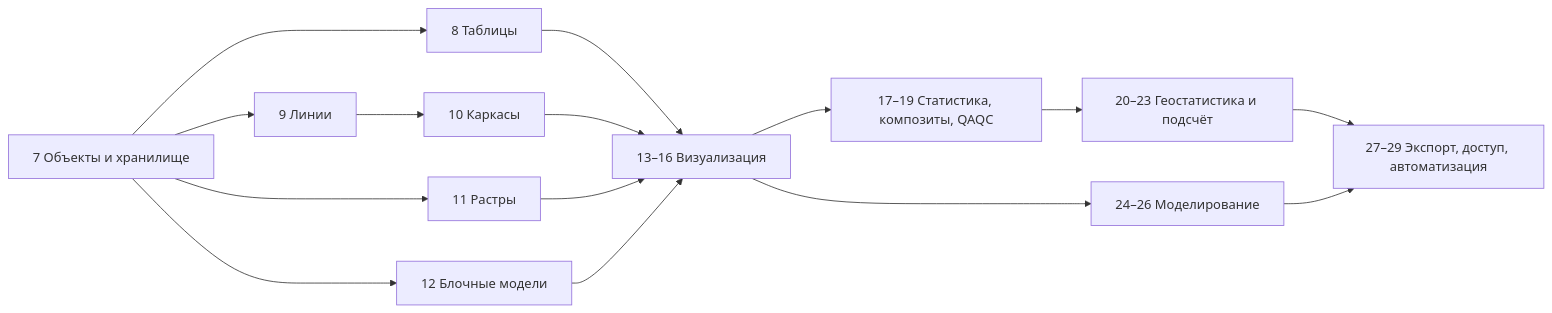
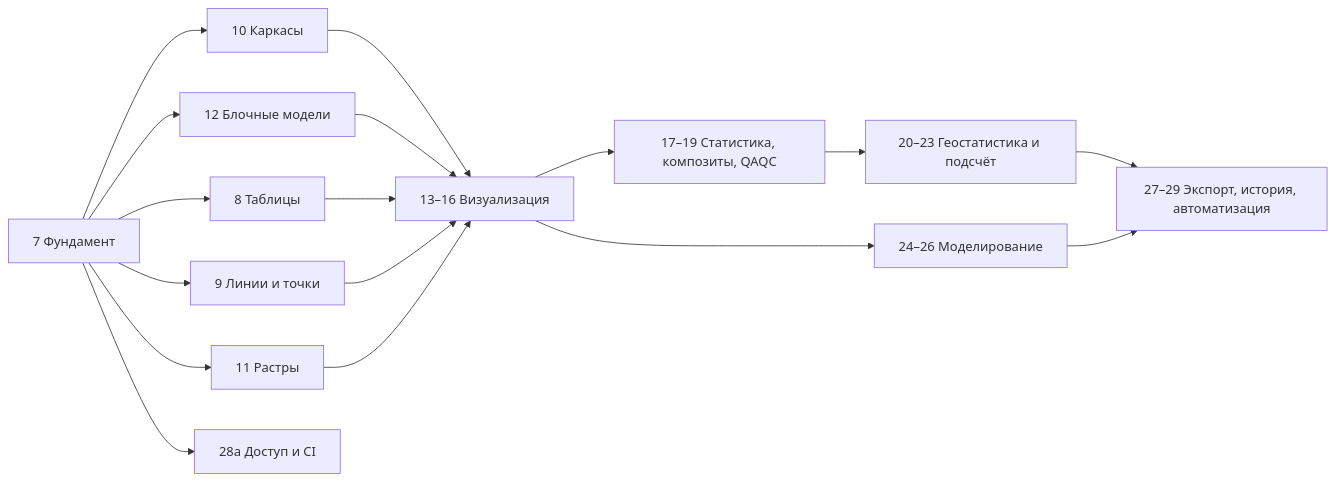
One commit to bandurkin-ai/BedrockForge_2.0 changed the second of 2 diagrams in docs/ROADMAP.md. Above: the diagram before and after it, drawn with Mermaid. The commit also changed other lines of this file, not shown here.

First line of the commit message:
Roadmap revision 2: accuracy, industrial baseline, large wireframes and block models

````diff
--- a/docs/ROADMAP.md
+++ b/docs/ROADMAP.md
@@ -83,13 +127,15 @@
 ```mermaid
 flowchart LR
-  A7[7 Объекты и хранилище] --> A8[8 Таблицы]
-  A7 --> A9[9 Линии]
-  A9 --> A10[10 Каркасы]
+  A7[7 Фундамент] --> A10[10 Каркасы]
+  A7 --> A12[12 Блочные модели]
+  A7 --> A8[8 Таблицы]
+  A7 --> A9[9 Линии и точки]
   A7 --> A11[11 Растры]
-  A7 --> A12[12 Блочные модели]
-  A8 & A10 & A11 & A12 --> B[13–16 Визуализация]
+  A7 --> G[28a Доступ и CI]
+  A10 & A12 --> B[13–16 Визуализация]
+  A8 & A9 & A11 --> B
   B --> C[17–19 Статистика, композиты, QAQC]
   C --> D[20–23 Геостатистика и подсчёт]
   B --> E[24–26 Моделирование]
-  D & E --> F[27–29 Экспорт, доступ, автоматизация]
+  D & E --> F[27–29 Экспорт, история, автоматизация]
 ```
````
